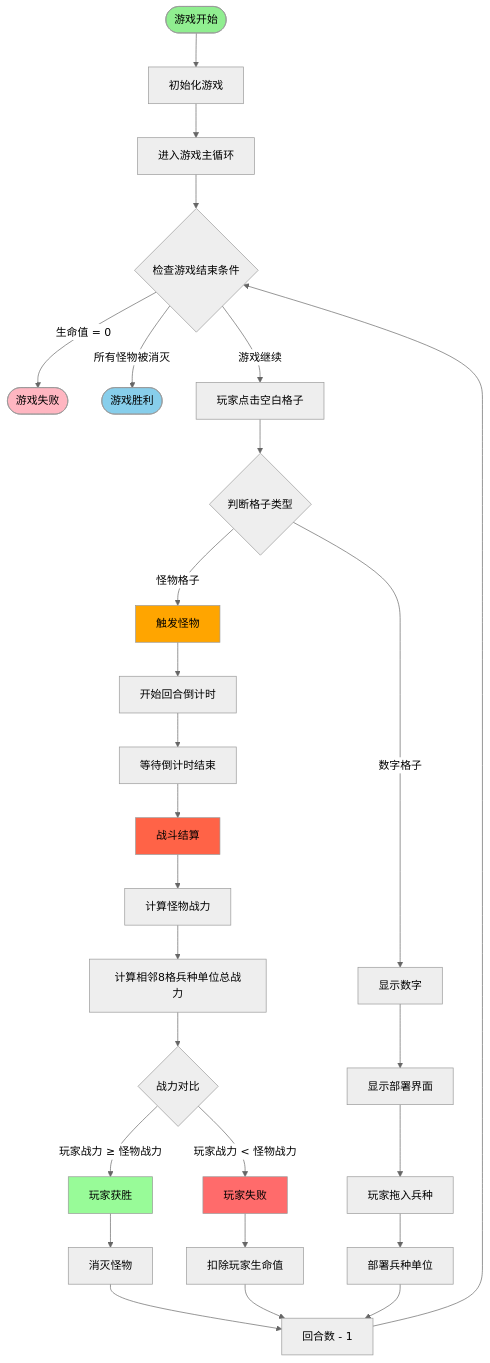
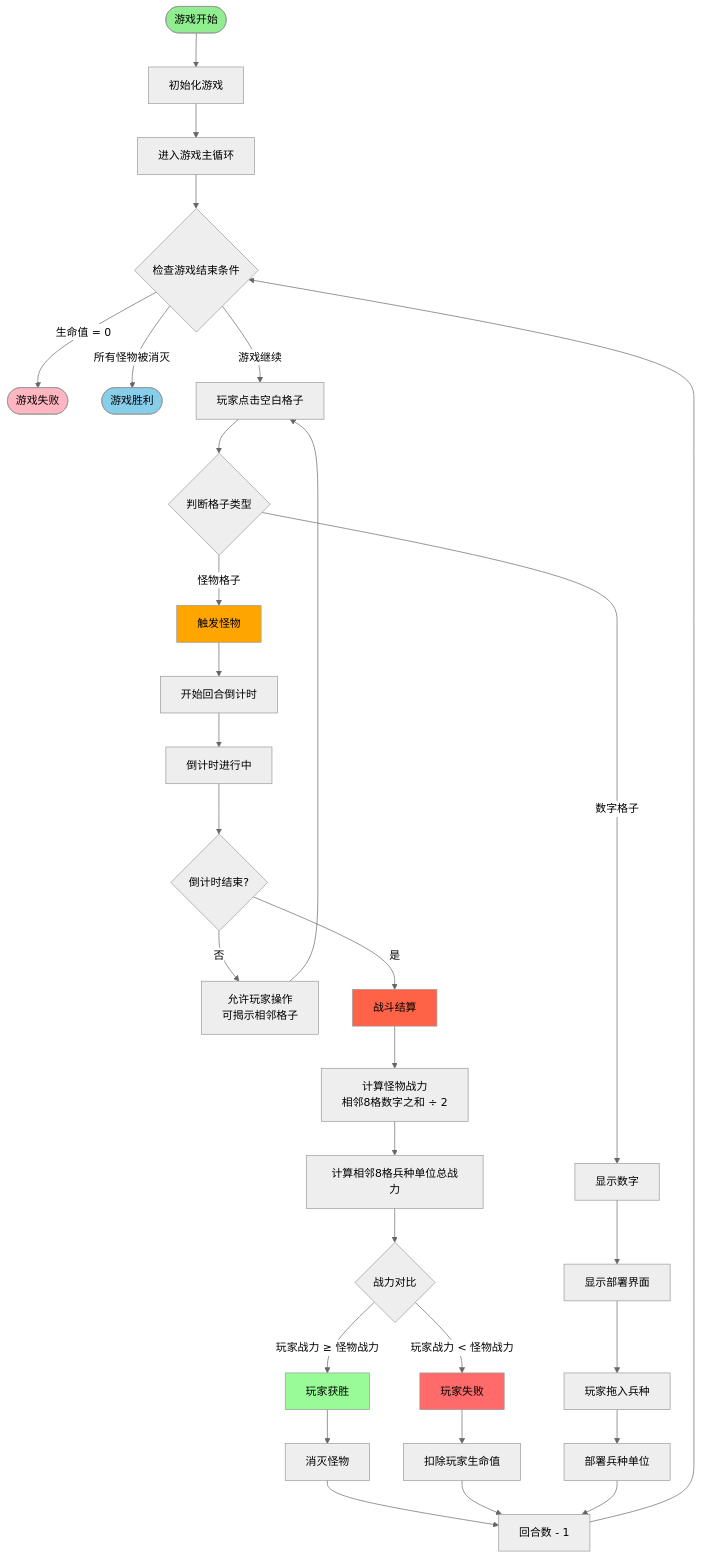
Before and after one commit to JourneyHans/MinefieldBattle: the first of 4 diagrams in doc/流程图.md, drawn with Mermaid (neutral theme). The commit also changed other lines of this file, not shown here.

````diff
--- a/doc/流程图.md
+++ b/doc/流程图.md
@@ -5,48 +23,51 @@
 ```mermaid
 flowchart TD
     Start([游戏开始]) --> InitGame[初始化游戏]
     InitGame --> GameLoop[进入游戏主循环]
     
     GameLoop --> CheckGameOver{检查游戏结束条件}
     
     CheckGameOver -->|生命值 = 0| GameFail([游戏失败])
     CheckGameOver -->|所有怪物被消灭| GameWin([游戏胜利])
     CheckGameOver -->|游戏继续| PlayerClick[玩家点击空白格子]
     
     PlayerClick --> CheckCellType{判断格子类型}
     
     CheckCellType -->|怪物格子| TriggerMonster[触发怪物]
     CheckCellType -->|数字格子| ShowNumber[显示数字]
     
     TriggerMonster --> StartCountdown[开始回合倒计时]
-    StartCountdown --> WaitCountdown[等待倒计时结束]
-    WaitCountdown --> BattleSettlement[战斗结算]
+    StartCountdown --> CountdownLoop[倒计时进行中]
+    CountdownLoop --> CheckCountdown{倒计时结束?}
+    CheckCountdown -->|否| AllowAction[允许玩家操作<br/>可揭示相邻格子]
+    AllowAction --> PlayerClick
+    CheckCountdown -->|是| BattleSettlement[战斗结算]
     
-    BattleSettlement --> CalcMonsterPower[计算怪物战力]
+    BattleSettlement --> CalcMonsterPower[计算怪物战力<br/>相邻8格数字之和 ÷ 2]
     CalcMonsterPower --> CalcPlayerPower[计算相邻8格兵种单位总战力]
     CalcPlayerPower --> ComparePower{战力对比}
     
     ComparePower -->|玩家战力 ≥ 怪物战力| PlayerWin[玩家获胜]
     ComparePower -->|玩家战力 < 怪物战力| PlayerLose[玩家失败]
     
     PlayerWin --> DestroyMonster[消灭怪物]
     PlayerLose --> DeductHealth[扣除玩家生命值]
     
     DestroyMonster --> UpdateRound
     DeductHealth --> UpdateRound
     
     ShowNumber --> ShowDeployUI[显示部署界面]
     ShowDeployUI --> PlayerDrag[玩家拖入兵种]
     PlayerDrag --> DeployUnit[部署兵种单位]
     DeployUnit --> UpdateRound
     
     UpdateRound[回合数 - 1] --> CheckGameOver
     
     style Start fill:#90EE90
     style GameWin fill:#87CEEB
     style GameFail fill:#FFB6C1
     style TriggerMonster fill:#FFA500
     style BattleSettlement fill:#FF6347
     style PlayerWin fill:#98FB98
     style PlayerLose fill:#FF6B6B
 ```
````
